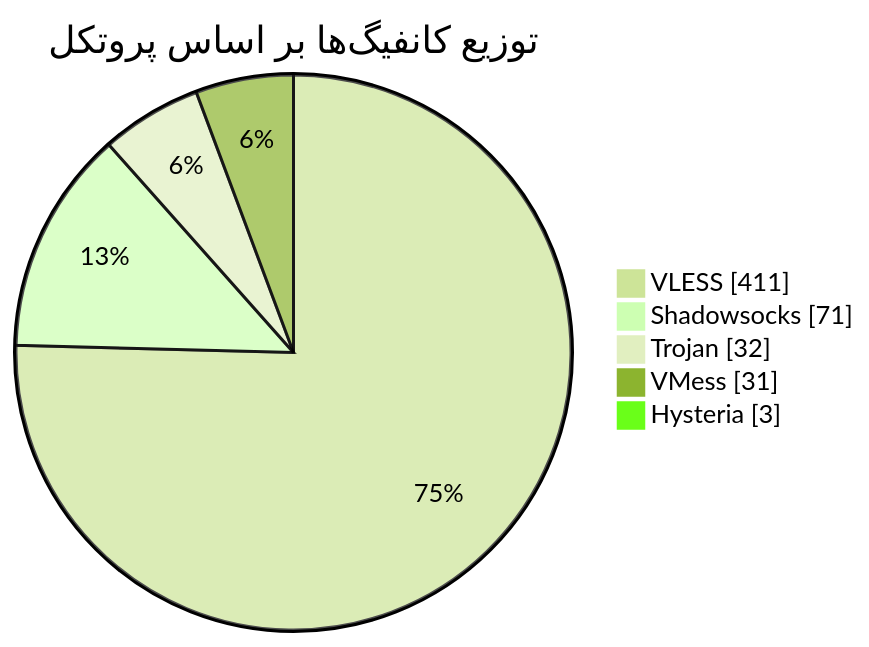
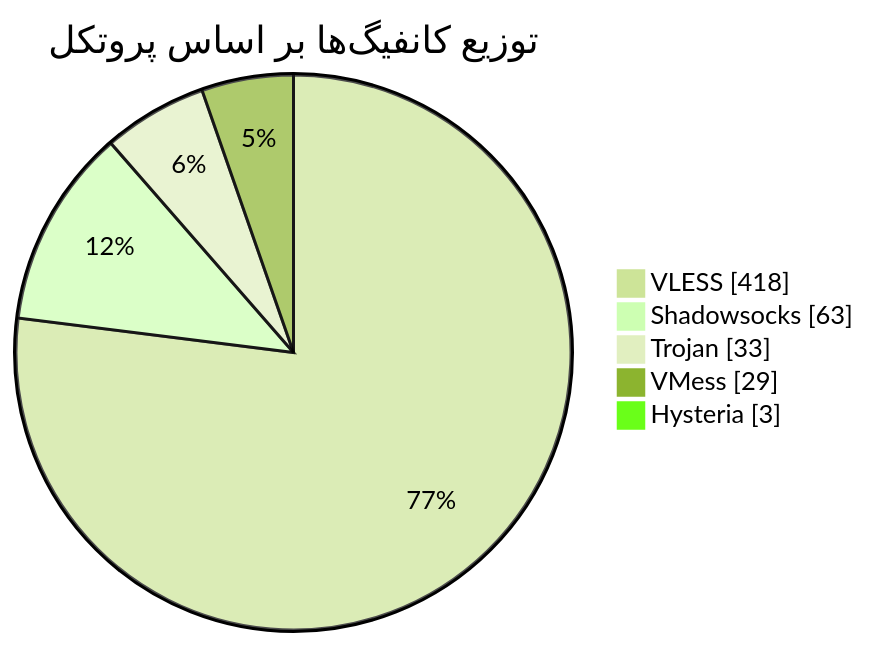
One commit to Arian-Alijani/Somthing changed the diagram in README.md. Above: the diagram before and after it, drawn with Mermaid (forest theme). The commit also changed other lines of this file and 63 other files, not shown here.

````diff
--- a/README.md
+++ b/README.md
@@ -47,9 +47,9 @@
 ```mermaid
 pie showData
     title توزیع کانفیگ‌ها بر اساس پروتکل
-    "VLESS" : 411
-    "Shadowsocks" : 71
-    "Trojan" : 32
-    "VMess" : 31
+    "VLESS" : 418
+    "Shadowsocks" : 63
+    "Trojan" : 33
+    "VMess" : 29
     "Hysteria" : 3
 ```
````
